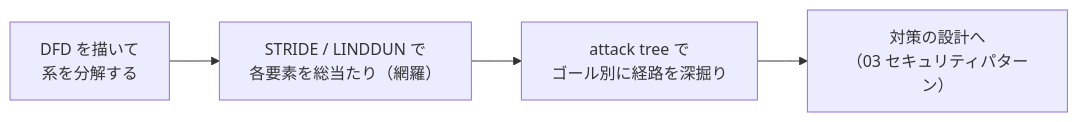
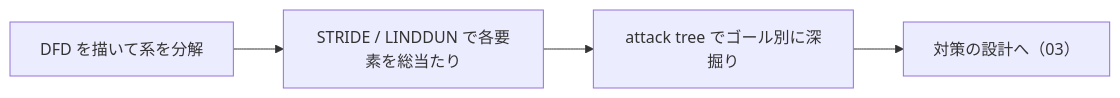
Before and after one commit to SomaTomita/sec-prep: the diagram in topics/05_software-security/02_threat-modeling.md, drawn with Mermaid. The commit also changed other lines of this file and 5 other files, not shown here.

````diff
--- a/topics/05_software-security/02_threat-modeling.md
+++ b/topics/05_software-security/02_threat-modeling.md
@@ -16,6 +23,6 @@
 ```mermaid
 flowchart LR
-    A["DFD を描いて<br>系を分解する"] --> B["STRIDE / LINDDUN で<br>各要素を総当たり（網羅）"]
-    B --> C["attack tree で<br>ゴール別に経路を深掘り"]
-    C --> D["対策の設計へ<br>（03 セキュリティパターン）"]
+    A["DFD を描いて系を分解"] --> B["STRIDE / LINDDUN で各要素を総当たり"]
+    B --> C["attack tree でゴール別に深掘り"]
+    C --> D["対策の設計へ（03）"]
 ```
````
